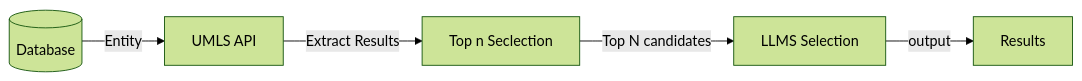
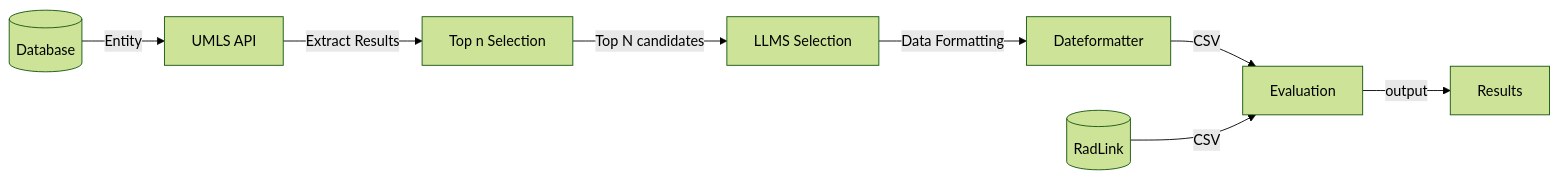
Before and after one commit to MouYongli/MedKGC: the diagram in src/medkgc/nen/README.md, drawn with Mermaid (forest theme). The commit also changed 2 other files, not shown here.

````diff
--- a/src/medkgc/nen/README.md
+++ b/src/medkgc/nen/README.md
@@ -33,7 +33,10 @@
 ```mermaid
 flowchart LR
     DB[(Database)] -->|Entity| API[UMLS API]
-    API -->|Extract Results| RES[Top n Seclection]
+    API -->|Extract Results| RES[Top n Selection]
     RES -->|Top N candidates| LLMS[LLMS Selection]
-    LLMS -->|output| R[Results]
+    LLMS -->|Data Formatting| DF[Dateformatter]
+    DF -->|CSV| E[Evaluation]
+    DB2[(RadLink)] --> |CSV| E
+    E -->|output| G[Results]
 ```
````
